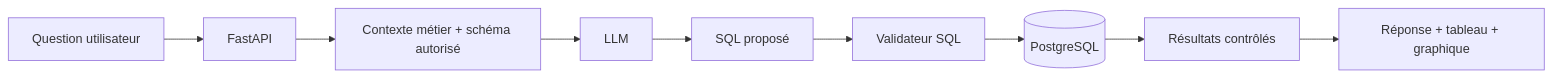
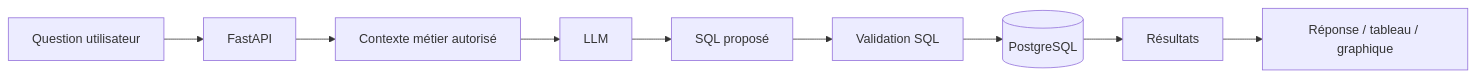
Before and after one commit to ranya20/abhl-barrages-platform-demo: the third of 5 diagrams in README.md, drawn with Mermaid. The commit also changed other lines of this file, not shown here.

````diff
--- a/README.md
+++ b/README.md
@@ -130,11 +297,11 @@
 ```mermaid
 flowchart LR
-    U[Question utilisateur] --> API[FastAPI]
-    API --> C[Contexte métier + schéma autorisé]
-    C --> LLM[LLM]
+    Q[Question utilisateur] --> API[FastAPI]
+    API --> CTX[Contexte métier autorisé]
+    CTX --> LLM[LLM]
     LLM --> SQL[SQL proposé]
-    SQL --> V[Validateur SQL]
-    V --> DB[(PostgreSQL)]
-    DB --> R[Résultats contrôlés]
-    R --> A[Réponse + tableau + graphique]
+    SQL --> VALID[Validation SQL]
+    VALID --> DB[(PostgreSQL)]
+    DB --> RES[Résultats]
+    RES --> OUT[Réponse / tableau / graphique]
 ```
````
